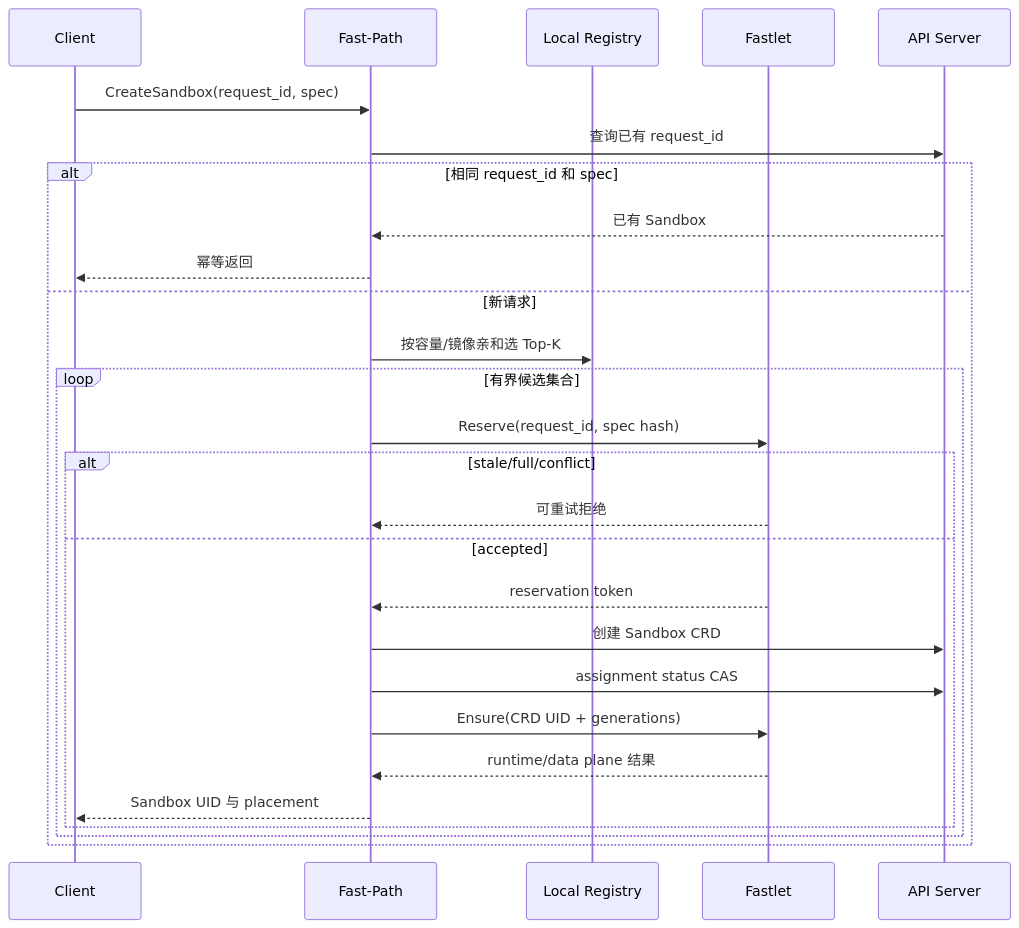
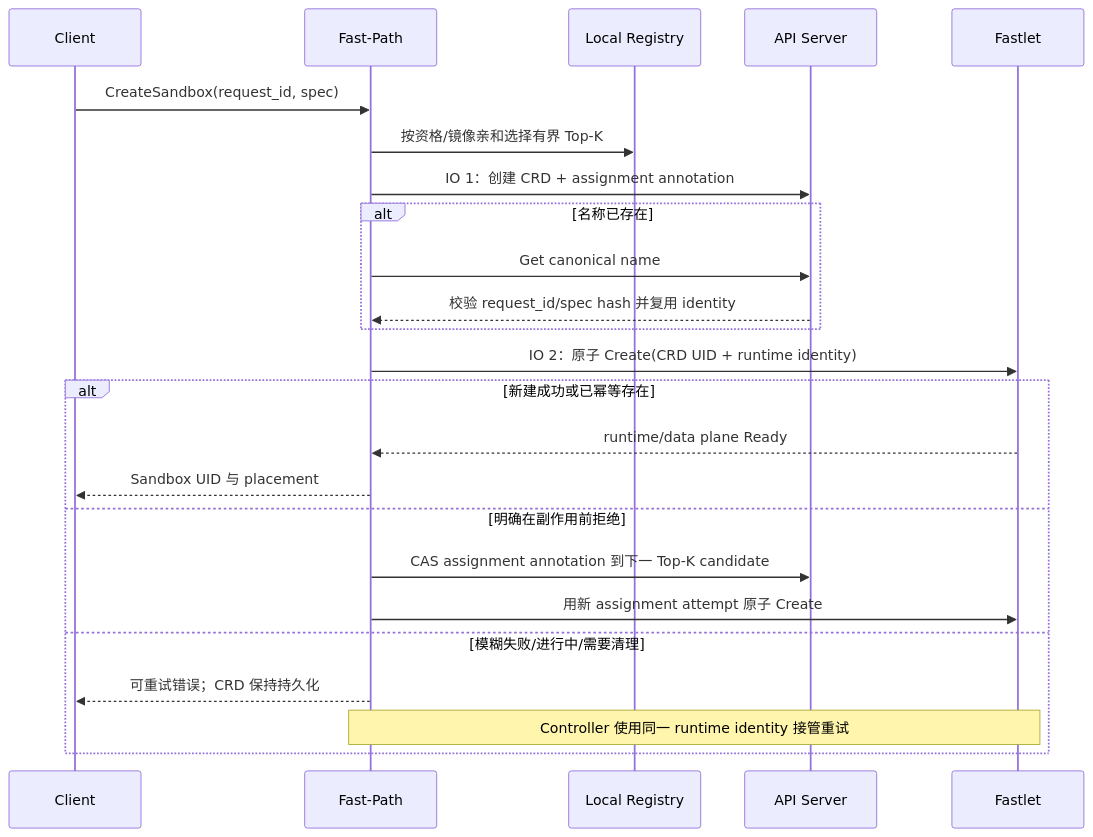
Before and after one commit to opensandbox-group/fast-sandbox: the second of 2 diagrams in ARCHITECTURE_ZH.md, drawn with Mermaid. The commit also changed other lines of this file and 89 other files, not shown here.

First line of the commit message:
refactor: adopt CRD-first sandbox creation

````diff
--- a/ARCHITECTURE_ZH.md
+++ b/ARCHITECTURE_ZH.md
@@ -107,30 +108,27 @@
 ```mermaid
 sequenceDiagram
   participant C as Client
   participant F as Fast-Path
   participant R as Local Registry
+  participant K as API Server
   participant L as Fastlet
-  participant K as API Server
 
   C->>F: CreateSandbox(request_id, spec)
-  F->>K: 查询已有 request_id
-  alt 相同 request_id 和 spec
-    K-->>F: 已有 Sandbox
-    F-->>C: 幂等返回
-  else 新请求
-    F->>R: 按容量/镜像亲和选 Top-K
-    loop 有界候选集合
-      F->>L: Reserve(request_id, spec hash)
-      alt stale/full/conflict
-        L-->>F: 可重试拒绝
-      else accepted
-        L-->>F: reservation token
-        F->>K: 创建 Sandbox CRD
-        F->>K: assignment status CAS
-        F->>L: Ensure(CRD UID + generations)
-        L-->>F: runtime/data plane 结果
-        F-->>C: Sandbox UID 与 placement
-      end
-    end
+  F->>R: 按资格/镜像亲和选择有界 Top-K
+  F->>K: IO 1：创建 CRD + assignment annotation
+  alt 名称已存在
+    F->>K: Get canonical name
+    K-->>F: 校验 request_id/spec hash 并复用 identity
+  end
+  F->>L: IO 2：原子 Create(CRD UID + runtime identity)
+  alt 新建成功或已幂等存在
+    L-->>F: runtime/data plane Ready
+    F-->>C: Sandbox UID 与 placement
+  else 明确在副作用前拒绝
+    F->>K: CAS assignment annotation 到下一 Top-K candidate
+    F->>L: 用新 assignment attempt 原子 Create
+  else 模糊失败/进行中/需要清理
+    F-->>C: 可重试错误；CRD 保持持久化
+    Note over F,L: Controller 使用同一 runtime identity 接管重试
   end
 ```
````
